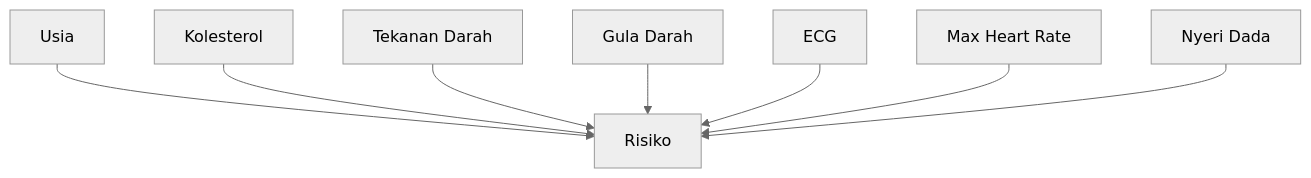
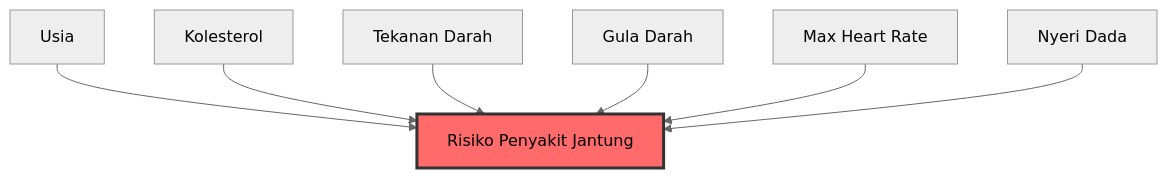
One commit to evan-william/heart-disease-prediction-bayesian-network changed the third of 3 diagrams in readme.md. Above: the diagram before and after it, drawn with Mermaid (neutral theme). The commit also changed other lines of this file, not shown here.

````diff
--- a/readme.md
+++ b/readme.md
@@ -241,10 +174,11 @@
 ```mermaid
 graph TD
-    Age[Usia] --> Risk[Risiko]
+    Age[Usia] --> Risk[Risiko Penyakit Jantung]
     Cholesterol[Kolesterol] --> Risk
     BP[Tekanan Darah] --> Risk
     Sugar[Gula Darah] --> Risk
-    ECG[ECG] --> Risk
     MaxHR[Max Heart Rate] --> Risk
     ChestPain[Nyeri Dada] --> Risk
+    
+    style Risk fill:#ff6b6b,stroke:#333,stroke-width:3px
 ```
````
